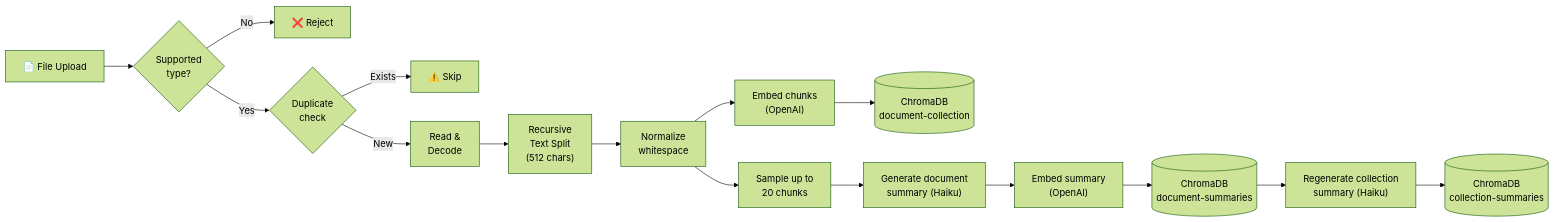
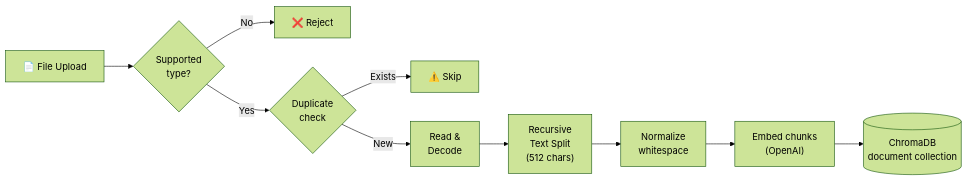
One commit to JosiahKeime/AIAssistant changed the second of 3 diagrams in README.md. Above: the diagram before and after it, drawn with Mermaid (forest theme). The commit also changed other lines of this file and 13 other files, not shown here.

````diff
--- a/README.md
+++ b/README.md
@@ -102,18 +103,12 @@
 ```mermaid
 flowchart LR
     Upload["📄 File Upload"] --> Validate{"Supported<br/>type?"}
     Validate -->|No| Reject["❌ Reject"]
     Validate -->|Yes| Dedup{"Duplicate<br/>check"}
     Dedup -->|Exists| Skip["⚠️ Skip"]
     Dedup -->|New| Transform["Read &<br/>Decode"]
     Transform --> Chunk["Recursive<br/>Text Split<br/>(512 chars)"]
     Chunk --> Normalize["Normalize<br/>whitespace"]
     Normalize --> EmbedChunks["Embed chunks<br/>(OpenAI)"]
-    EmbedChunks --> StoreChunks[("ChromaDB<br/>document-collection")]
-    Normalize --> Sample["Sample up to<br/>20 chunks"]
-    Sample --> Summarize["Generate document<br/>summary (Haiku)"]
-    Summarize --> EmbedSummary["Embed summary<br/>(OpenAI)"]
-    EmbedSummary --> StoreSummary[("ChromaDB<br/>document-summaries")]
-    StoreSummary --> RegenColSum["Regenerate collection<br/>summary (Haiku)"]
-    RegenColSum --> StoreColSum[("ChromaDB<br/>collection-summaries")]
+    EmbedChunks --> StoreChunks[("ChromaDB<br/>document collection")]
 ```
````
